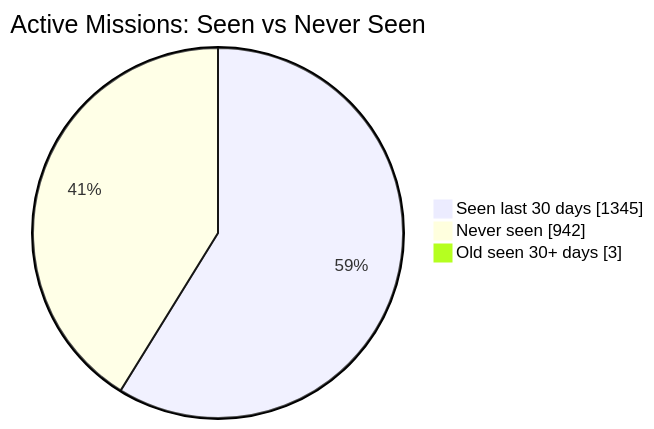
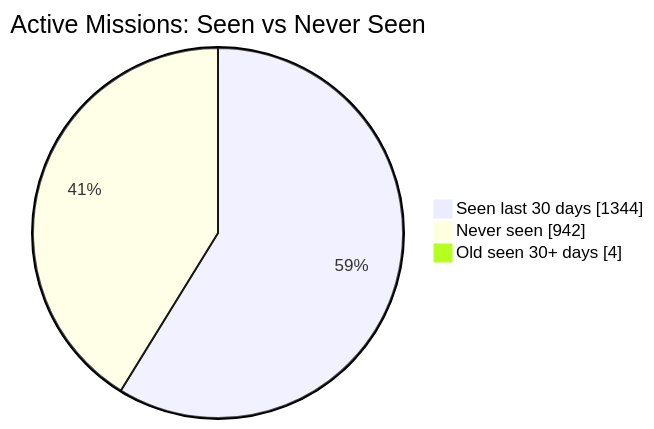
One commit to MeldkamerspelGameTeam/active-missions changed the first of 2 diagrams in README.md. Above: the diagram before and after it, drawn with Mermaid. The commit also changed other lines of this file and 3 other files, not shown here.

````diff
--- a/README.md
+++ b/README.md
@@ -34,7 +34,7 @@
 ```mermaid
 pie showData
     title Active Missions: Seen vs Never Seen
-    "Seen last 30 days" : 1345
+    "Seen last 30 days" : 1344
     "Never seen" : 942
-    "Old seen 30+ days" : 3
+    "Old seen 30+ days" : 4
 ```
````
